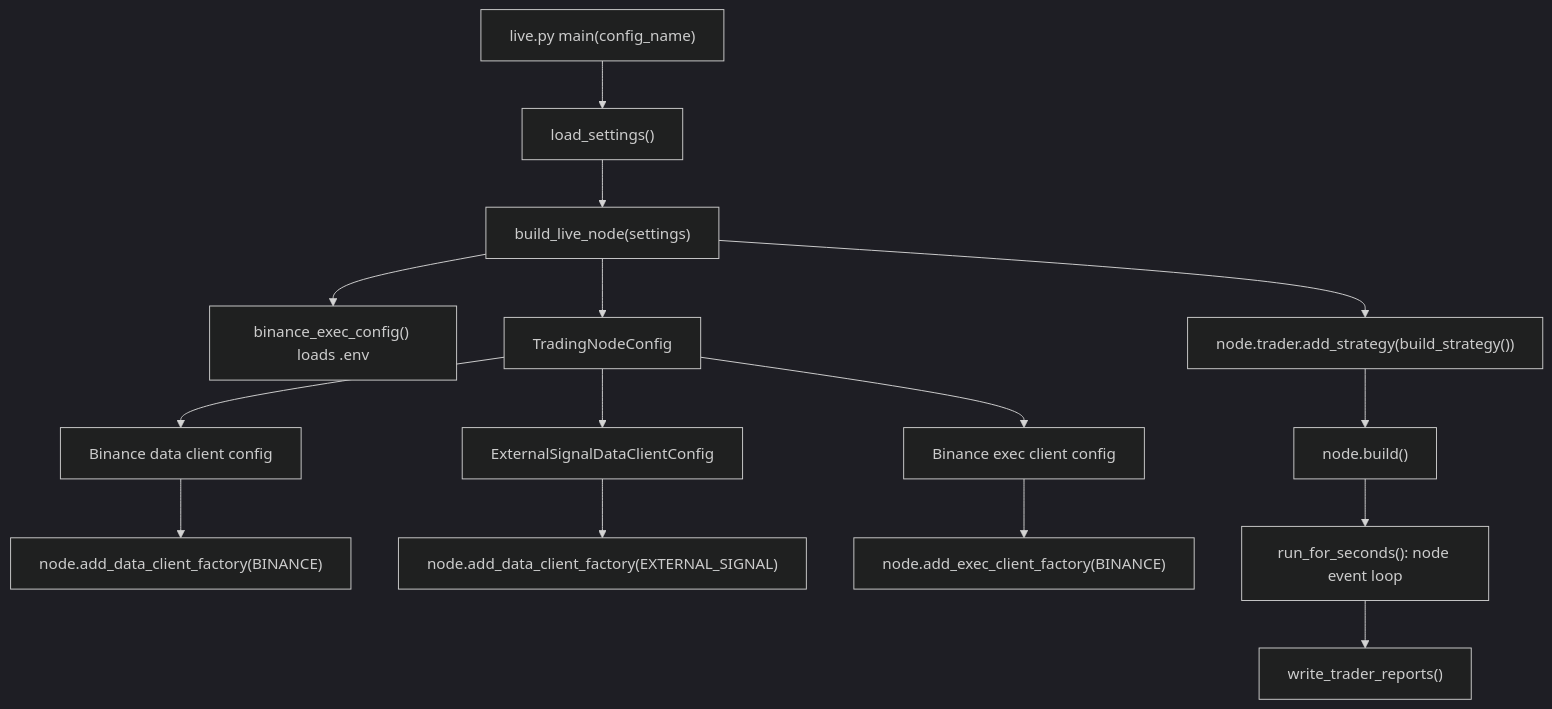
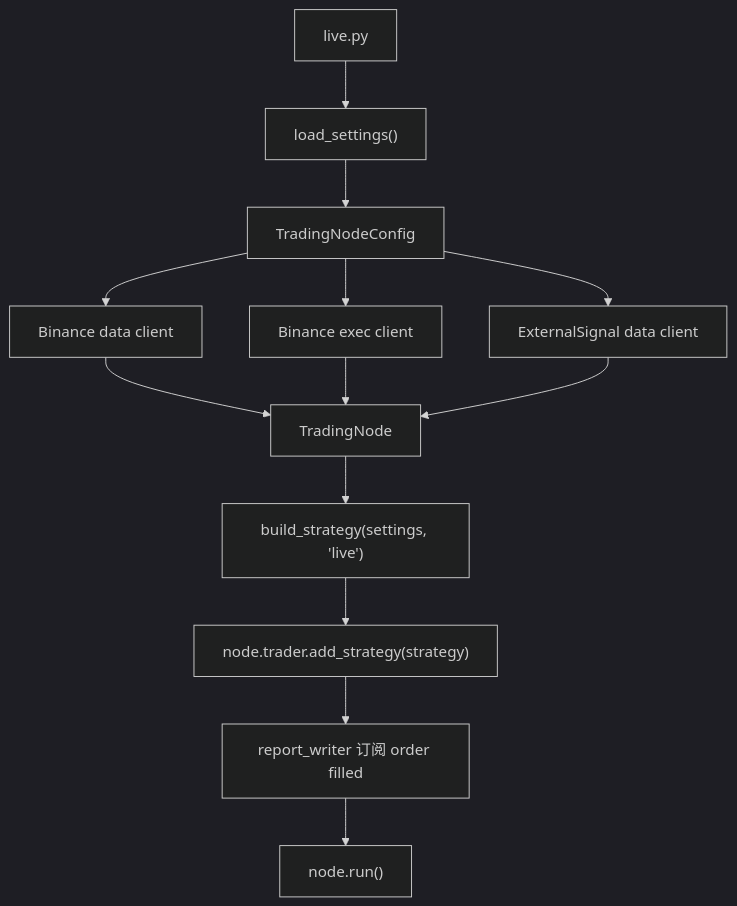
The third of 3 diagrams in PROJECT_LOGIC_AND_ROADMAP.md (dragon-vic/mytrader), drawn with Mermaid (dark theme) before and after one commit. The commit also changed other lines of this file and 24 other files, not shown here.

````diff
--- a/PROJECT_LOGIC_AND_ROADMAP.md
+++ b/PROJECT_LOGIC_AND_ROADMAP.md
@@ -168,17 +131,15 @@
 ```mermaid
 flowchart TD
-    A["live.py main(config_name)"] --> B["load_settings()"]
-    B --> C["build_live_node(settings)"]
-    C --> D["binance_exec_config() loads .env"]
-    C --> E["TradingNodeConfig"]
-    E --> F["Binance data client config"]
-    E --> G["ExternalSignalDataClientConfig"]
-    E --> H["Binance exec client config"]
-    F --> I["node.add_data_client_factory(BINANCE)"]
-    G --> J["node.add_data_client_factory(EXTERNAL_SIGNAL)"]
-    H --> K["node.add_exec_client_factory(BINANCE)"]
-    C --> L["node.trader.add_strategy(build_strategy())"]
-    L --> M["node.build()"]
-    M --> N["run_for_seconds(): node event loop"]
-    N --> O["write_trader_reports()"]
+  A["live.py"] --> B["load_settings()"]
+  B --> C["TradingNodeConfig"]
+  C --> D["Binance data client"]
+  C --> E["Binance exec client"]
+  C --> F["ExternalSignal data client"]
+  D --> G["TradingNode"]
+  E --> G
+  F --> G
+  G --> H["build_strategy(settings, 'live')"]
+  H --> I["node.trader.add_strategy(strategy)"]
+  I --> J["report_writer 订阅 order filled"]
+  J --> K["node.run()"]
 ```
````
